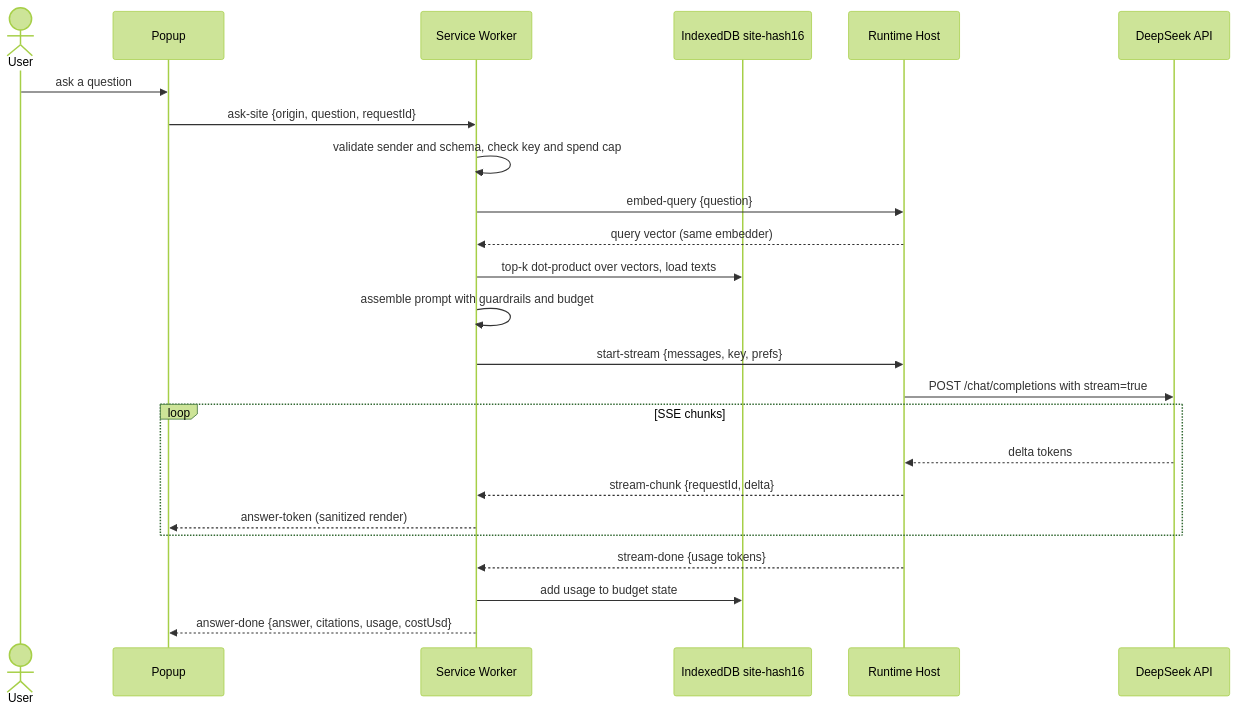
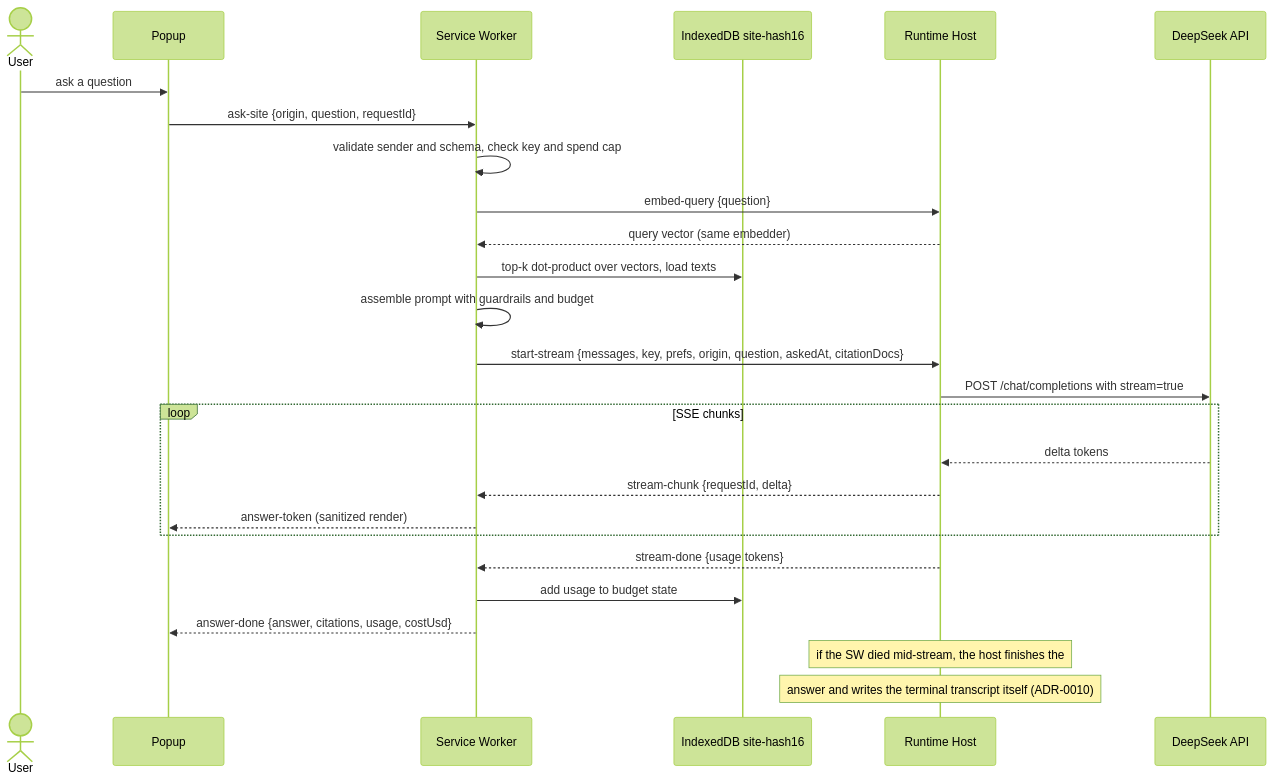
One commit to JepStar990/rag-site-qa changed the second of 3 diagrams in docs/03-component-design.md. Above: the diagram before and after it, drawn with Mermaid (forest theme). The commit also changed other lines of this file and 22 other files, not shown here.

````diff
--- a/docs/03-component-design.md
+++ b/docs/03-component-design.md
@@ -37,27 +37,29 @@
 ```mermaid
 sequenceDiagram
     actor U as User
     participant P as Popup
     participant SW as Service Worker
     participant IDB as IndexedDB site-hash16
     participant RH as Runtime Host
     participant D as DeepSeek API
 
     U->>P: ask a question
     P->>SW: ask-site {origin, question, requestId}
     SW->>SW: validate sender and schema, check key and spend cap
     SW->>RH: embed-query {question}
     RH-->>SW: query vector (same embedder)
     SW->>IDB: top-k dot-product over vectors, load texts
     SW->>SW: assemble prompt with guardrails and budget
-    SW->>RH: start-stream {messages, key, prefs}
+    SW->>RH: start-stream {messages, key, prefs, origin, question, askedAt, citationDocs}
     RH->>D: POST /chat/completions with stream=true
     loop SSE chunks
         D-->>RH: delta tokens
         RH-->>SW: stream-chunk {requestId, delta}
         SW-->>P: answer-token (sanitized render)
     end
     RH-->>SW: stream-done {usage tokens}
     SW->>IDB: add usage to budget state
     SW-->>P: answer-done {answer, citations, usage, costUsd}
+    Note over RH: if the SW died mid-stream, the host finishes the
+    Note over RH: answer and writes the terminal transcript itself (ADR-0010)
 ```
````
